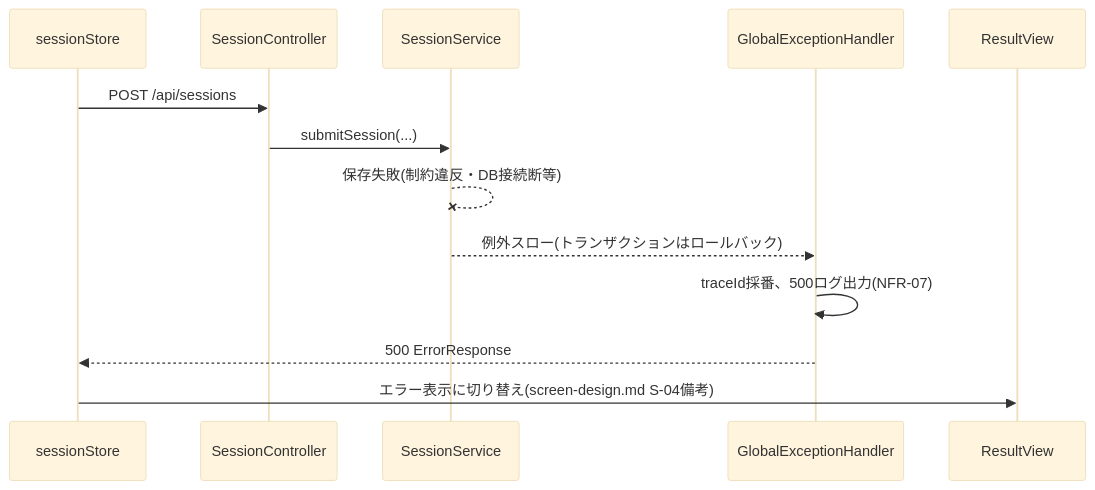
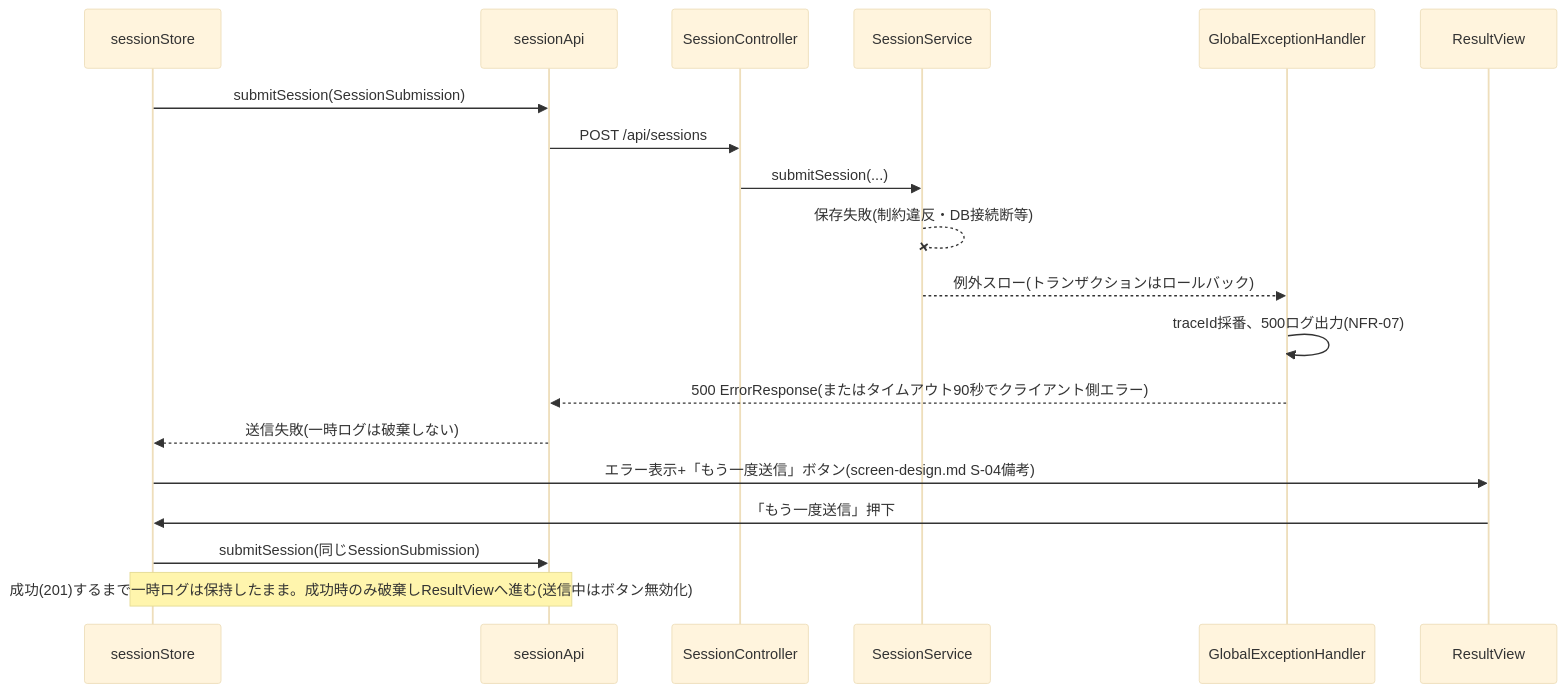
One commit to jelly1128/typing-app changed the fifth of 7 diagrams in docs/30_detail-design/sequence.md. Above: the diagram before and after it, drawn with Mermaid (base theme). The commit also changed other lines of this file and 19 other files, not shown here.

````diff
--- a/docs/30_detail-design/sequence.md
+++ b/docs/30_detail-design/sequence.md
@@ -104,16 +121,22 @@
 ```mermaid
 sequenceDiagram
     participant Store as sessionStore
+    participant Api as sessionApi
     participant Ctrl as SessionController
     participant Svc as SessionService
     participant Handler as GlobalExceptionHandler
     participant View as ResultView
 
-    Store->>Ctrl: POST /api/sessions
+    Store->>Api: submitSession(SessionSubmission)
+    Api->>Ctrl: POST /api/sessions
     Ctrl->>Svc: submitSession(...)
     Svc--xSvc: 保存失敗(制約違反・DB接続断等)
     Svc-->>Handler: 例外スロー(トランザクションはロールバック)
     Handler->>Handler: traceId採番、500ログ出力(NFR-07)
-    Handler-->>Store: 500 ErrorResponse
-    Store->>View: エラー表示に切り替え(screen-design.md S-04備考)
+    Handler-->>Api: 500 ErrorResponse(またはタイムアウト90秒でクライアント側エラー)
+    Api-->>Store: 送信失敗(一時ログは破棄しない)
+    Store->>View: エラー表示+「もう一度送信」ボタン(screen-design.md S-04備考)
+    View->>Store: 「もう一度送信」押下
+    Store->>Api: submitSession(同じSessionSubmission)
+    Note over Store,Api: 成功(201)するまで一時ログは保持したまま。成功時のみ破棄しResultViewへ進む(送信中はボタン無効化)
 ```
````
